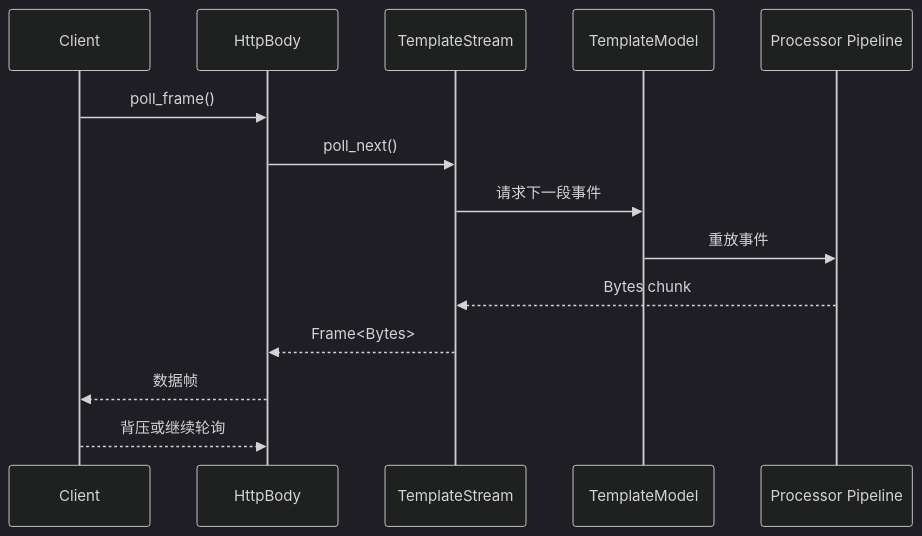
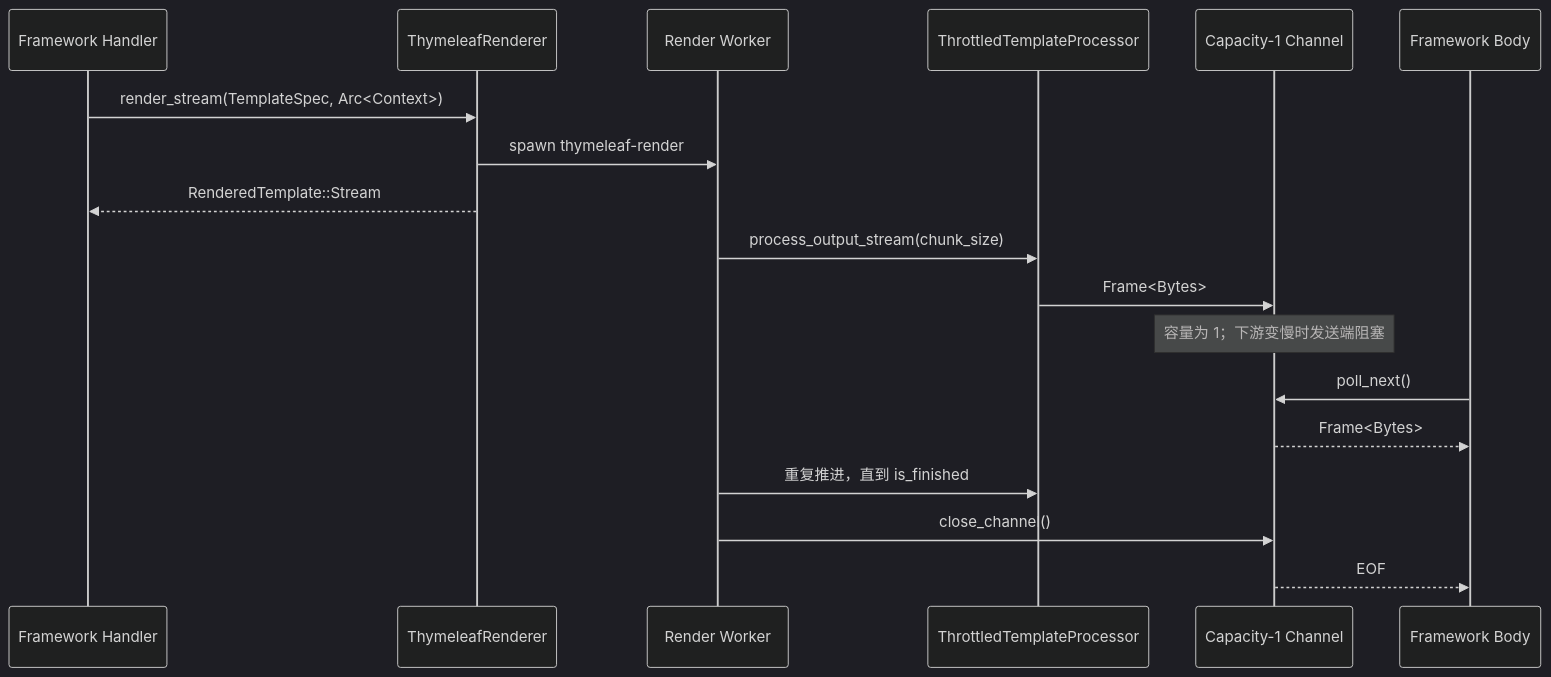
One commit to easy-4-rust/thymeleaf-rust changed diagram 11 of 13 in docs/Thymeleaf-Rust-可行性与架构设计.md. Above: the diagram before and after it, drawn with Mermaid (dark theme). The commit also changed other lines of this file and 270 other files, not shown here.

````diff
--- a/docs/Thymeleaf-Rust-可行性与架构设计.md
+++ b/docs/Thymeleaf-Rust-可行性与架构设计.md
@@ -966,17 +1344,21 @@
 ```mermaid
 sequenceDiagram
-    participant Client
-    participant Body as HttpBody
-    participant Stream as TemplateStream
-    participant Model as TemplateModel
-    participant Proc as Processor Pipeline
+    participant H as Framework Handler
+    participant R as ThymeleafRenderer
+    participant W as Render Worker
+    participant P as ThrottledTemplateProcessor
+    participant C as Capacity-1 Channel
+    participant B as Framework Body
 
-    Client->>Body: poll_frame()
-    Body->>Stream: poll_next()
-    Stream->>Model: 请求下一段事件
-    Model->>Proc: 重放事件
-    Proc-->>Stream: Bytes chunk
-    Stream-->>Body: Frame<Bytes>
-    Body-->>Client: 数据帧
-    Client-->>Body: 背压或继续轮询
+    H->>R: render_stream(TemplateSpec, Arc<Context>)
+    R->>W: spawn thymeleaf-render
+    R-->>H: RenderedTemplate::Stream
+    W->>P: process_output_stream(chunk_size)
+    P->>C: Frame<Bytes>
+    Note over C: 容量为 1；下游变慢时发送端阻塞
+    B->>C: poll_next()
+    C-->>B: Frame<Bytes>
+    W->>P: 重复推进，直到 is_finished
+    W->>C: close_channel()
+    C-->>B: EOF
 ```
````
